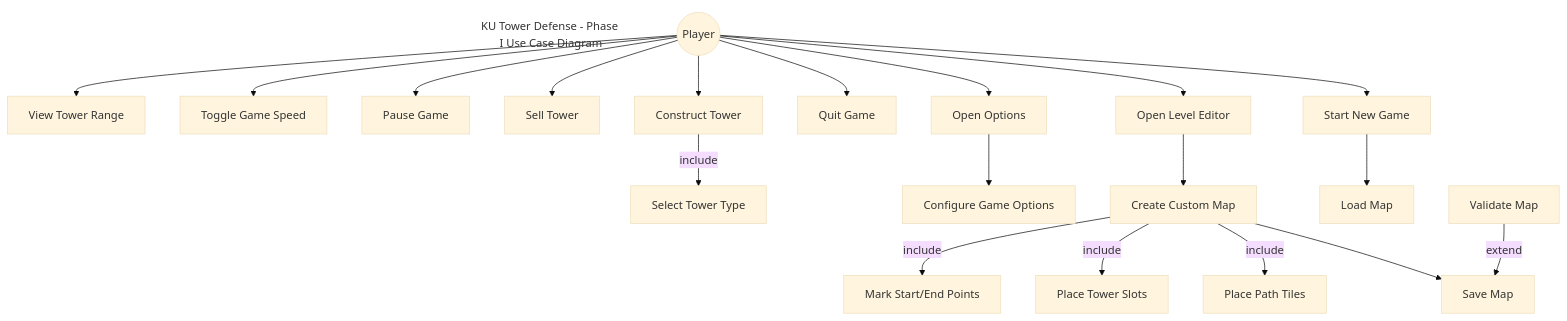
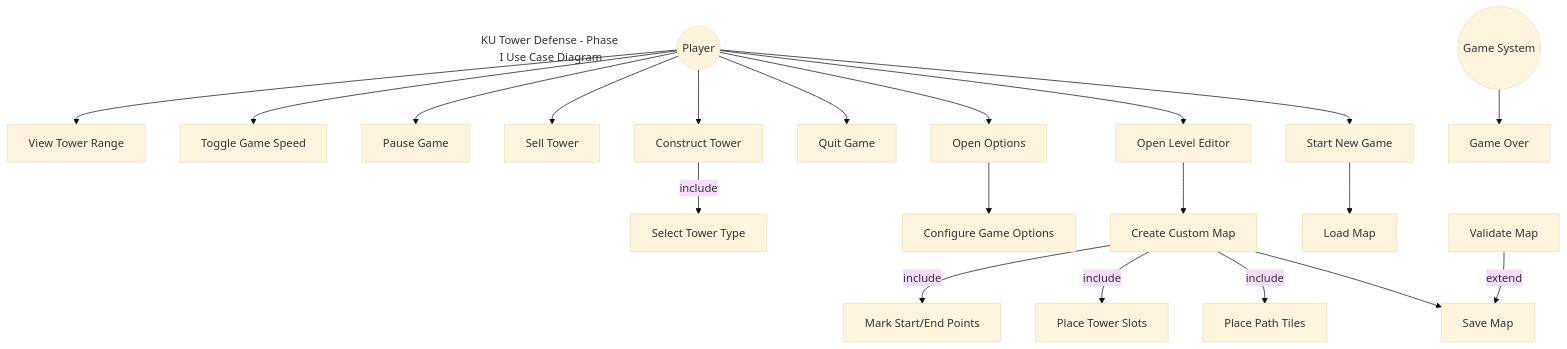
Before and after one commit to EYErbil/KuTowerDefense: the diagram in R1M1-artifacts/use_case_diagram/use_case_diagram.md, drawn with Mermaid (base theme). The commit also changed 26 other files, not shown here.

````diff
--- a/R1M1-artifacts/use_case_diagram/use_case_diagram.md
+++ b/R1M1-artifacts/use_case_diagram/use_case_diagram.md
@@ -1,52 +1,55 @@
 ```mermaid
 graph TD
     title[KU Tower Defense - Phase I Use Case Diagram]
     style title fill:none,stroke:none
 
     %% Actors
     Player((Player))
 
     %% Main Use Cases
     UC1[Start New Game]
     UC2[Open Level Editor]
     UC3[Open Options]
     UC4[Quit Game]
     UC5[Create Custom Map]
     UC6[Save Map]
     UC7[Load Map]
     UC8[Construct Tower]
     UC9[Sell Tower]
     UC10[Pause Game]
     UC11[Toggle Game Speed]
     UC12[View Tower Range]
     UC13[Configure Game Options]
+    UC14[Game Over]
 
     %% Relationships
     Player --> UC1
     Player --> UC2
     Player --> UC3
     Player --> UC4
     
     UC2 --> UC5
     UC5 --> UC6
     
     UC1 --> UC7
     
     Player --> UC8
     Player --> UC9
     Player --> UC10
     Player --> UC11
     Player --> UC12
     
     UC3 --> UC13
     
+    GameSystem((Game System)) --> UC14
+    
     %% Include relationships
     UC5 -->|include| place_path[Place Path Tiles]
     UC5 -->|include| place_tower_slots[Place Tower Slots]
     UC5 -->|include| mark_start_end[Mark Start/End Points]
     
     UC8 -->|include| select_tower_type[Select Tower Type]
     
     %% Extend relationships
     validate_map[Validate Map] -->|extend| UC6
 ``` 
````
